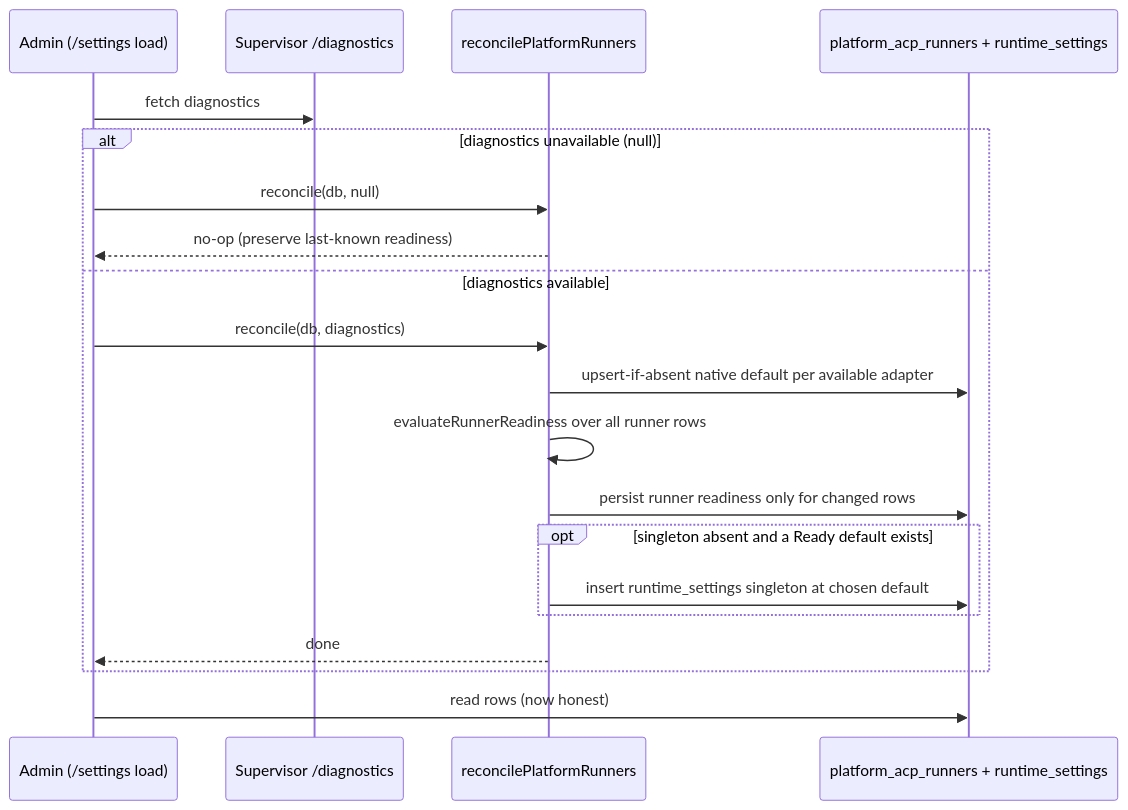
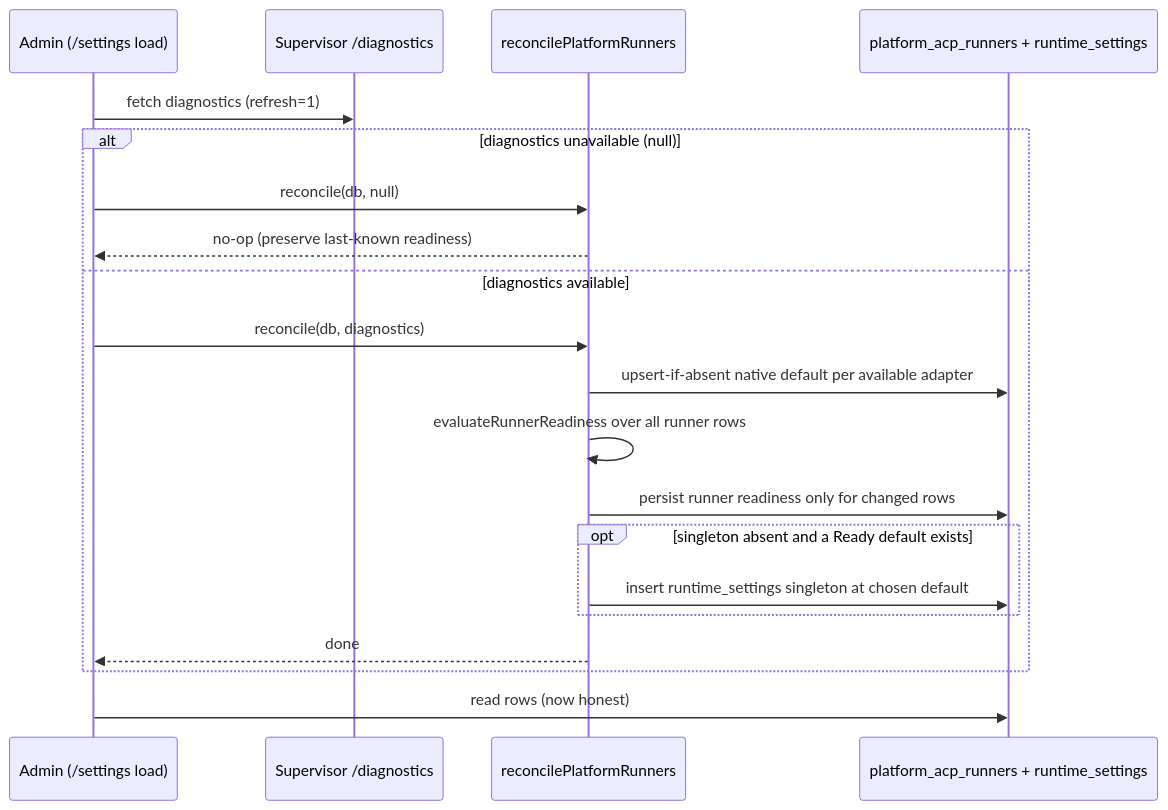
One commit to maister-dev/maister changed the fourth of 4 diagrams in docs/system-analytics/acp-runners.md. Above: the diagram before and after it, drawn with Mermaid. The commit also changed other lines of this file and 23 other files, not shown here.

````diff
--- a/docs/system-analytics/acp-runners.md
+++ b/docs/system-analytics/acp-runners.md
@@ -341,22 +343,22 @@
 ```mermaid
 sequenceDiagram
     participant A as Admin (/settings load)
     participant D as Supervisor /diagnostics
     participant RC as reconcilePlatformRunners
     participant DB as platform_acp_runners + runtime_settings
-    A->>D: fetch diagnostics
+    A->>D: fetch diagnostics (refresh=1)
     alt diagnostics unavailable (null)
         A->>RC: reconcile(db, null)
         RC-->>A: no-op (preserve last-known readiness)
     else diagnostics available
         A->>RC: reconcile(db, diagnostics)
         RC->>DB: upsert-if-absent native default per available adapter
         RC->>RC: evaluateRunnerReadiness over all runner rows
         RC->>DB: persist runner readiness only for changed rows
         opt singleton absent and a Ready default exists
             RC->>DB: insert runtime_settings singleton at chosen default
         end
         RC-->>A: done
     end
     A->>DB: read rows (now honest)
 ```
````
